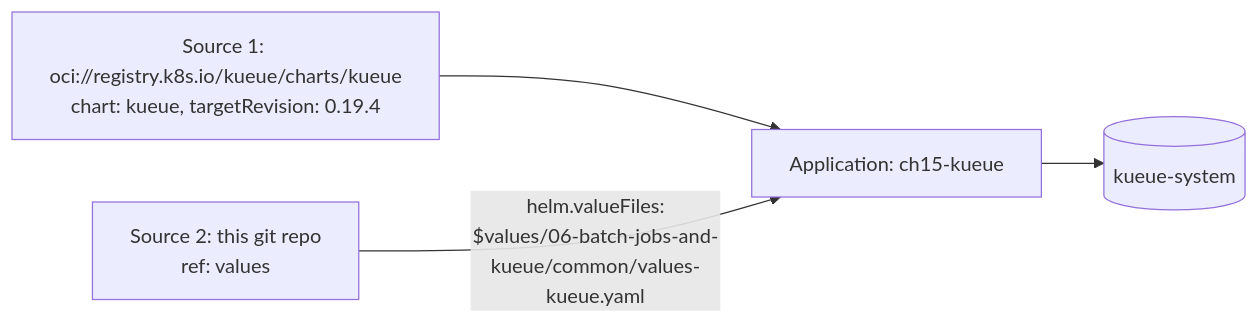
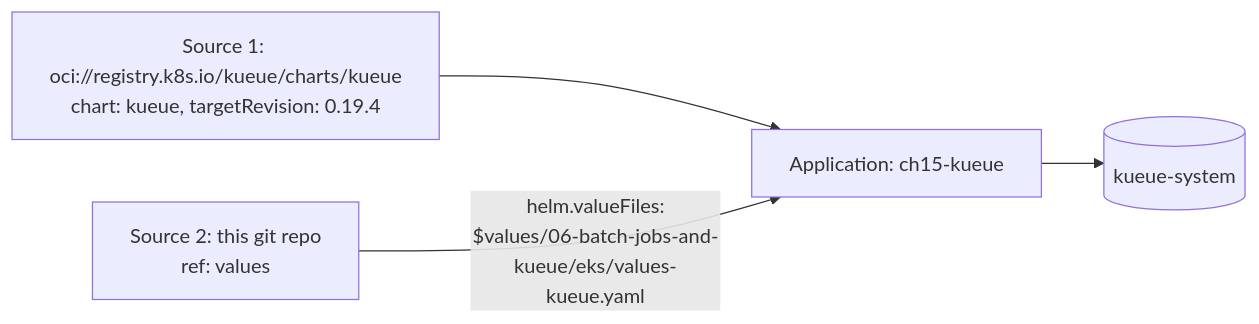
One commit to GitOpsHub/kubernetes-ai-infrastructure changed the third of 3 diagrams in 15-mlops-gitops-and-pipelines/README.md. Above: the diagram before and after it, drawn with Mermaid. The commit also changed other lines of this file and 6 other files, not shown here.

````diff
--- a/15-mlops-gitops-and-pipelines/README.md
+++ b/15-mlops-gitops-and-pipelines/README.md
@@ -257,8 +257,8 @@
 ```mermaid
 flowchart LR
     S1["Source 1: oci://registry.k8s.io/kueue/charts/kueue<br/>chart: kueue, targetRevision: 0.19.4"]
     S2["Source 2: this git repo<br/>ref: values"]
     S1 --> App[Application: ch15-kueue]
-    S2 -->|"helm.valueFiles:<br/>$values/06-batch-jobs-and-kueue/common/values-kueue.yaml"| App
+    S2 -->|"helm.valueFiles:<br/>$values/06-batch-jobs-and-kueue/eks/values-kueue.yaml"| App
     App --> Cluster[(kueue-system)]
 ```
````
